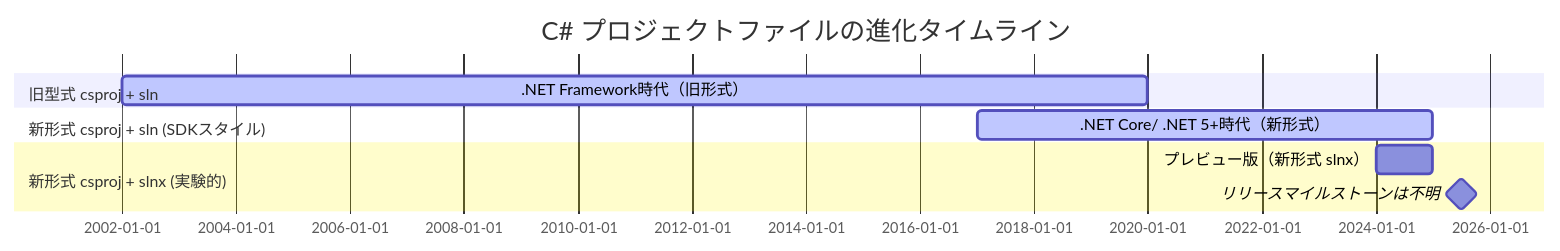
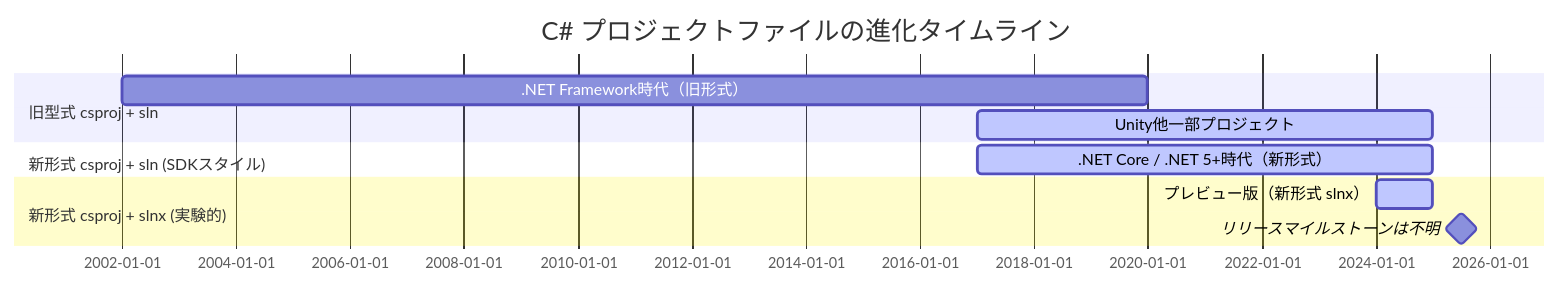
Before and after one commit to guitarrapc/blog: the diagram in draft_entries/6802418398338312060.md, drawn with Mermaid. The commit also changed other lines of this file, not shown here.

````diff
--- a/draft_entries/6802418398338312060.md
+++ b/draft_entries/6802418398338312060.md
@@ -29,12 +30,13 @@
 ```mermaid
 gantt
     title C# プロジェクトファイルの進化タイムライン
     dateFormat  YYYY
     section 旧型式 csproj + sln
-    .NET Framework時代（旧形式） :active, 2002, 2020
+    .NET Framework時代（旧形式） :none, 2002, 2020
+    Unity他一部プロジェクト :active, 2017, 2025
     section 新形式 csproj + sln (SDKスタイル)
-    .NET Core/ .NET 5+時代（新形式） :active, 2017, 2025
+    .NET Core / .NET 5+時代（新形式） :active, 2017, 2025
     section 新形式 csproj + slnx (実験的)
-    プレビュー版（新形式 slnx） :, 2024, 2025
+    プレビュー版（新形式 slnx） :active, 2024, 2025
     リリースマイルストーンは不明 :milestone, 2026
 ```
````
